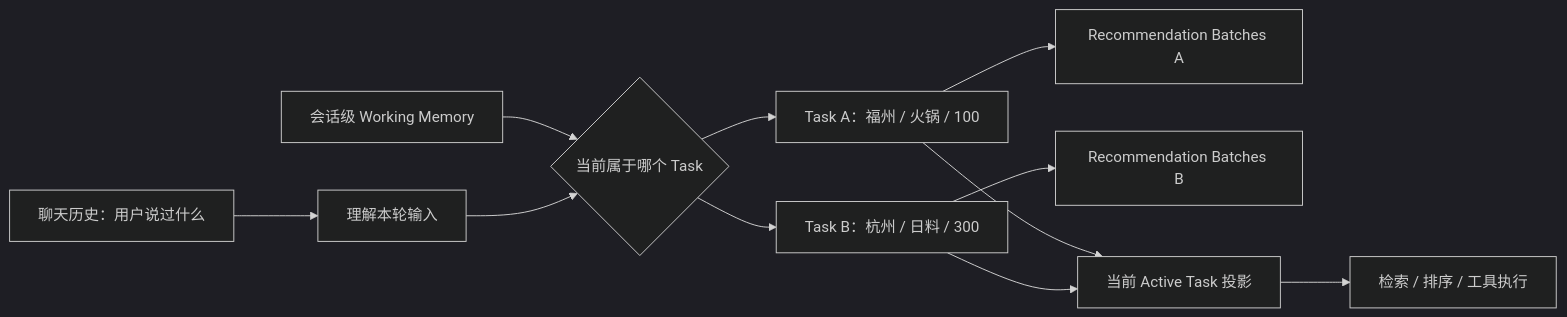
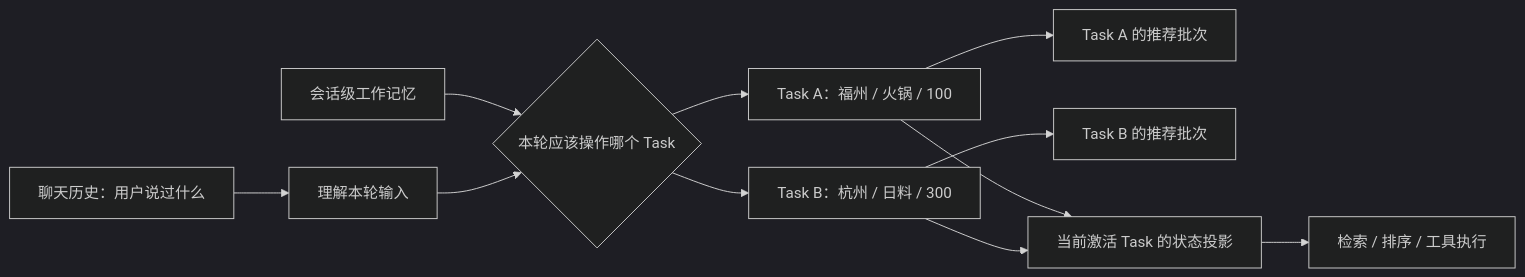
Before and after one commit to huwuhu6/dp-plus: the diagram in doc/01_多轮对话状态与工作记忆——开发故事与面试准备.md, drawn with Mermaid (dark theme). The commit also changed other lines of this file, not shown here.

````diff
--- a/doc/01_多轮对话状态与工作记忆——开发故事与面试准备.md
+++ b/doc/01_多轮对话状态与工作记忆——开发故事与面试准备.md
@@ -33,13 +60,13 @@
 ```mermaid
 flowchart LR
     H[聊天历史：用户说过什么] --> U[理解本轮输入]
-    WM[会话级 Working Memory] --> T{当前属于哪个 Task}
+    WM[会话级工作记忆] --> T{本轮应该操作哪个 Task}
     U --> T
     T --> A[Task A：福州 / 火锅 / 100]
     T --> B[Task B：杭州 / 日料 / 300]
-    A --> RA[Recommendation Batches A]
-    B --> RB[Recommendation Batches B]
-    A --> P[当前 Active Task 投影]
+    A --> RA[Task A 的推荐批次]
+    B --> RB[Task B 的推荐批次]
+    A --> P[当前激活 Task 的状态投影]
     B --> P
     P --> E[检索 / 排序 / 工具执行]
 ```
````
